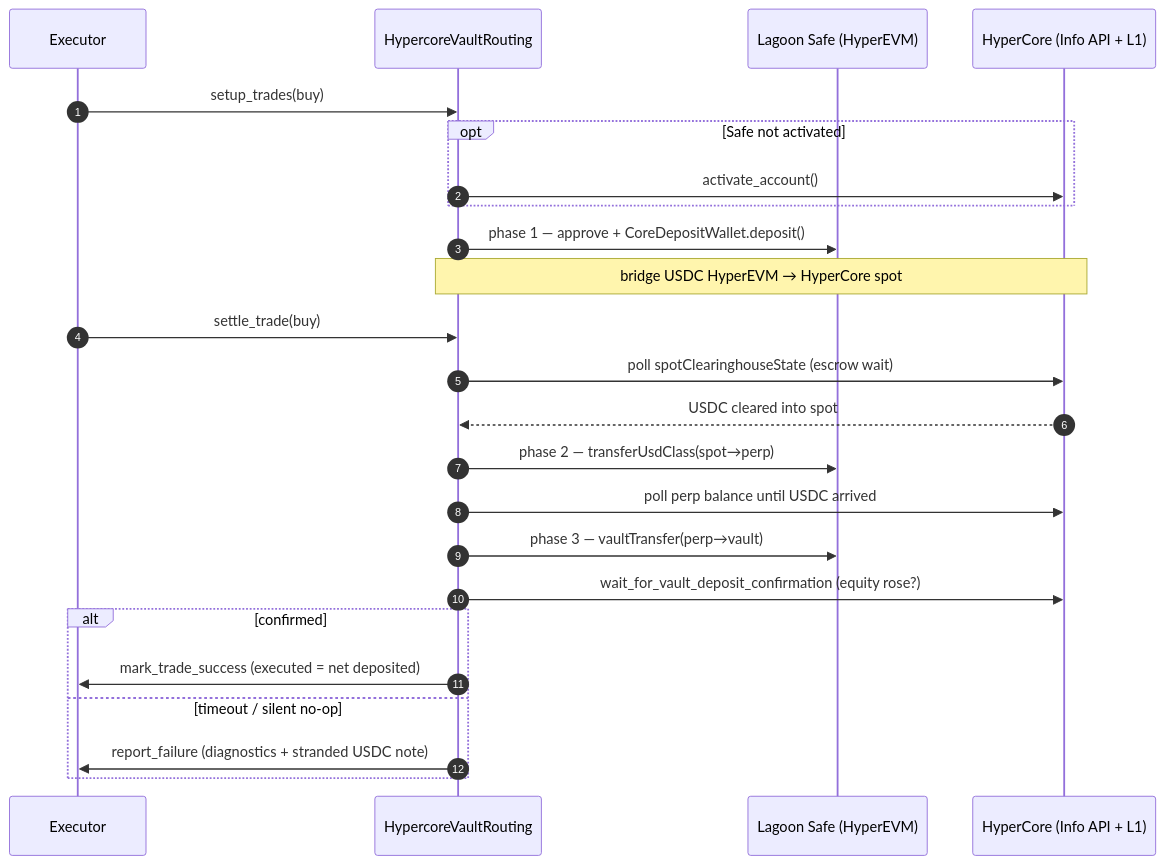
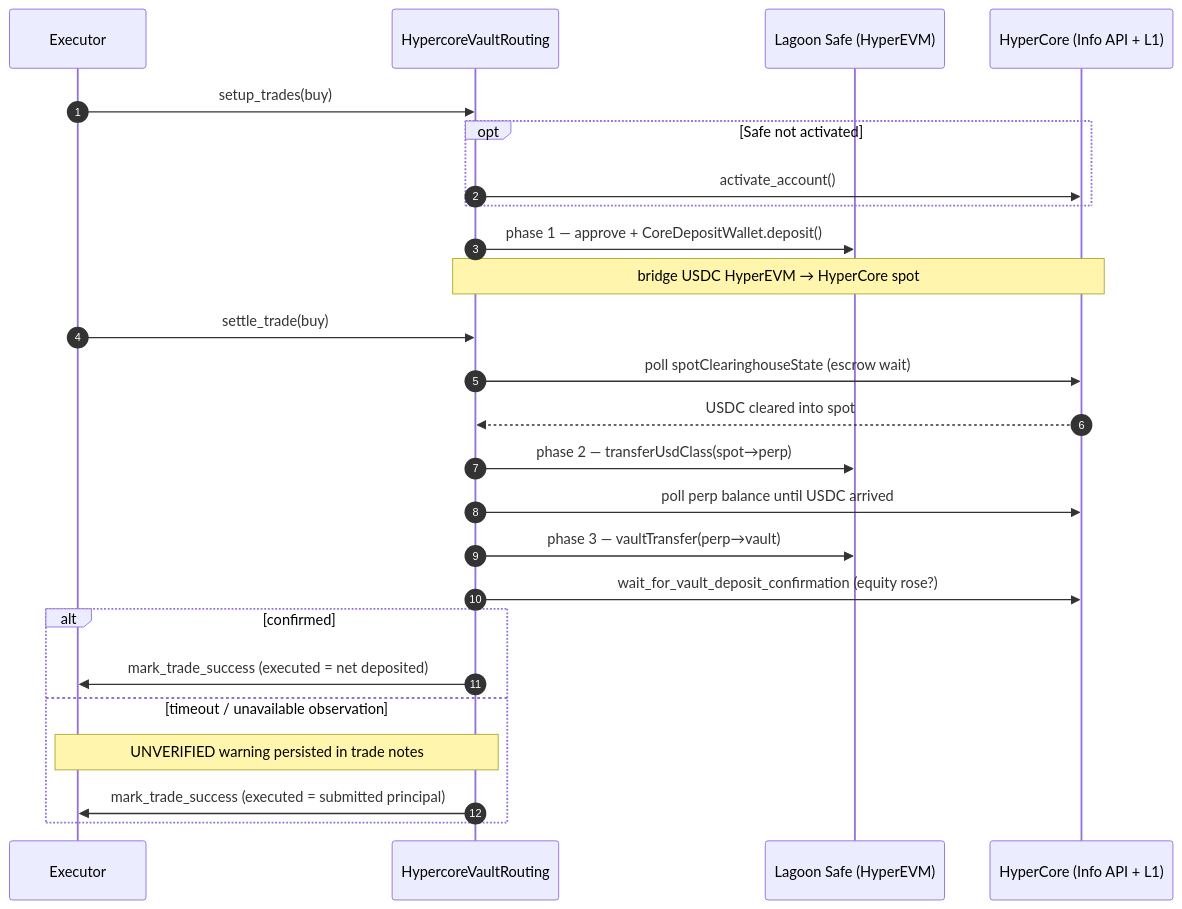
One commit to tradingstrategy-ai/trade-executor changed the first of 3 diagrams in .claude/docs/hypercore-vault.md. Above: the diagram before and after it, drawn with Mermaid. The commit also changed other lines of this file and 6 other files, not shown here.

````diff
--- a/.claude/docs/hypercore-vault.md
+++ b/.claude/docs/hypercore-vault.md
@@ -221,27 +225,28 @@
 ```mermaid
 sequenceDiagram
     autonumber
     participant EX as Executor
     participant R as HypercoreVaultRouting
     participant Safe as Lagoon Safe (HyperEVM)
     participant HC as HyperCore (Info API + L1)
 
     EX->>R: setup_trades(buy)
     opt Safe not activated
         R->>HC: activate_account()
     end
     R->>Safe: phase 1 — approve + CoreDepositWallet.deposit()
     Note over R,HC: bridge USDC HyperEVM → HyperCore spot
     EX->>R: settle_trade(buy)
     R->>HC: poll spotClearinghouseState (escrow wait)
     HC-->>R: USDC cleared into spot
     R->>Safe: phase 2 — transferUsdClass(spot→perp)
     R->>HC: poll perp balance until USDC arrived
     R->>Safe: phase 3 — vaultTransfer(perp→vault)
     R->>HC: wait_for_vault_deposit_confirmation (equity rose?)
     alt confirmed
         R->>EX: mark_trade_success (executed = net deposited)
-    else timeout / silent no-op
-        R->>EX: report_failure (diagnostics + stranded USDC note)
+    else timeout / unavailable observation
+        Note over R,EX: UNVERIFIED warning persisted in trade notes
+        R->>EX: mark_trade_success (executed = submitted principal)
     end
 ```
````
